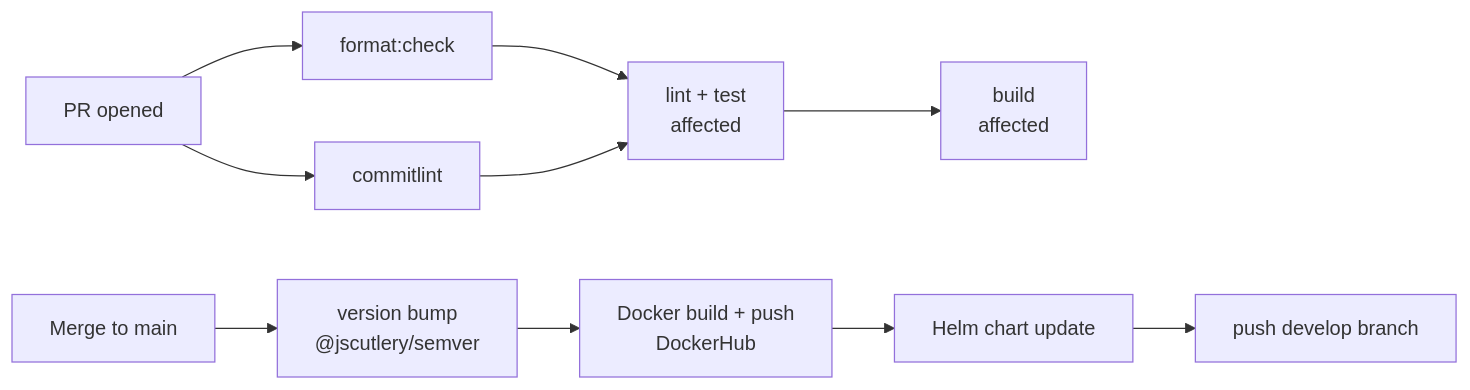
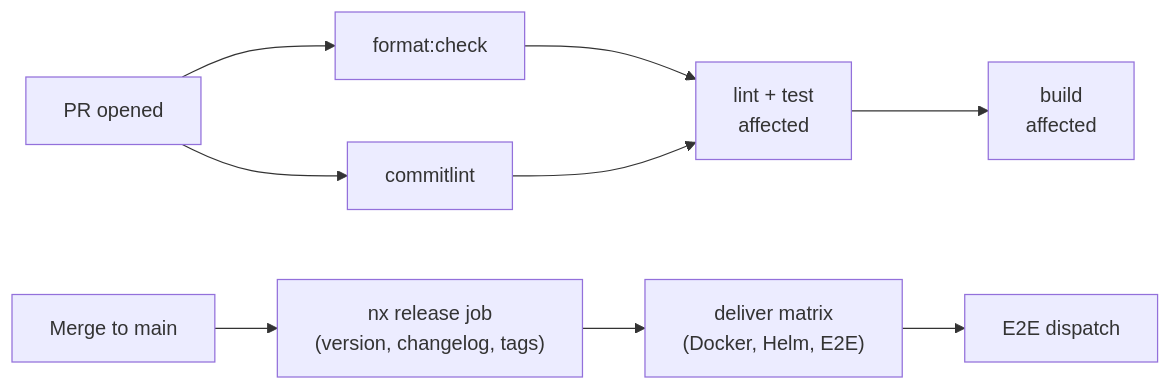
Before and after one commit to jdwlabs/apps: the second of 2 diagrams in docs/architecture.md, drawn with Mermaid. The commit also changed 30 other files, not shown here.

First line of the commit message:
build(release): migrate to nx release with deliver matrix (#47)

````diff
--- a/docs/architecture.md
+++ b/docs/architecture.md
@@ -43,14 +43,13 @@
 ```mermaid
 flowchart LR
     PR["PR opened"]
     PR --> fmt["format:check"]
     PR --> cl["commitlint"]
     fmt & cl --> lint["lint + test\naffected"]
     lint --> build["build\naffected"]
 
     merge["Merge to main"]
-    merge --> ver["version bump\n@jscutlery/semver"]
-    ver --> docker["Docker build + push\nDockerHub"]
-    docker --> helm["Helm chart update"]
-    helm --> dev["push develop branch"]
+    merge --> rel["nx release job\n(version, changelog, tags)"]
+    rel --> deliver["deliver matrix\n(Docker, Helm, E2E)"]
+    deliver --> e2e["E2E dispatch"]
 ```
````
